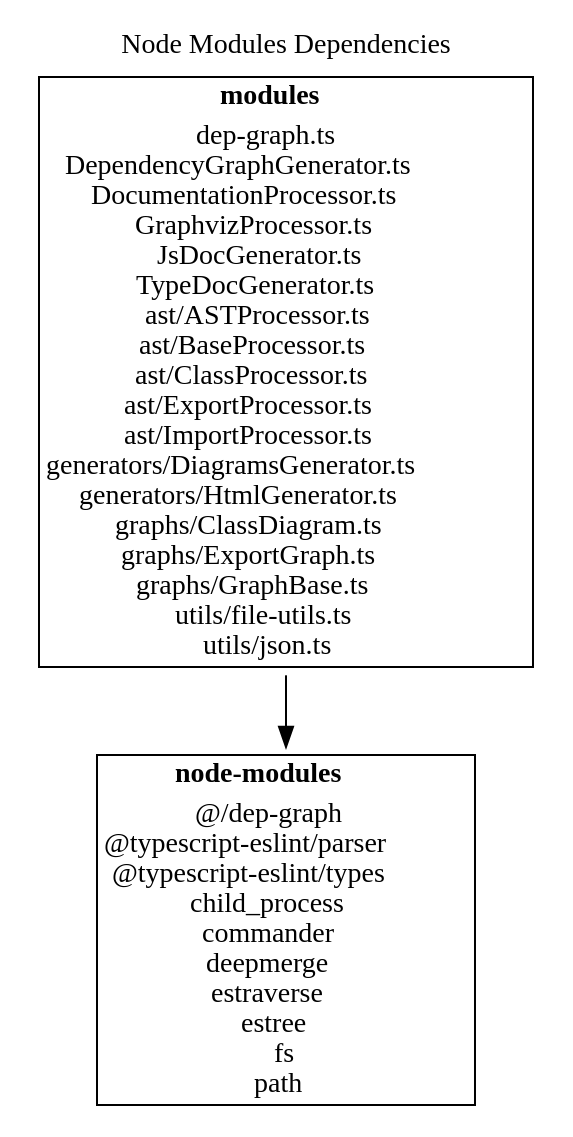
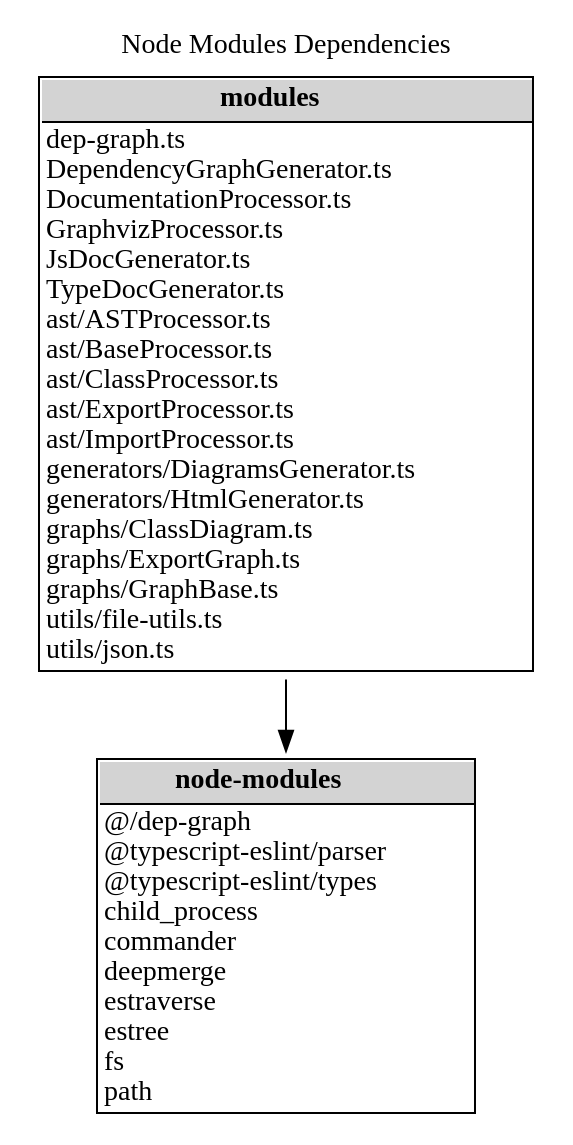
One commit to fleebe/GitHubPages changed the diagram in dep-graph-ts/NodeModules.dot. Above: the diagram before and after it, drawn with Graphviz. The commit also changed 5 other files, not shown here.

Commit message:
Update docs for dep-graph-ts from fleebe/dep-graph-ts workflow

```diff
--- a/dep-graph-ts/NodeModules.dot
+++ b/dep-graph-ts/NodeModules.dot
@@ -1,42 +1,42 @@
 digraph {label="Node Modules Dependencies";
 labelloc="t";
 "node-modules" [shape=none, label=<<TABLE cellspacing="0" cellborder="0" align="left">
-<TR><TD><B>node-modules</B></TD></TR>
-<TR><TD align="left">
+<TR><TD BORDER="1" SIDES="B" BGCOLOR="lightgrey"><B>node-modules</B></TD></TR>
+<TR><TD align="left" BALIGN="LEFT">
 @/dep-graph<BR/>
 @typescript-eslint/parser<BR/>
 @typescript-eslint/types<BR/>
 child_process<BR/>
 commander<BR/>
 deepmerge<BR/>
 estraverse<BR/>
 estree<BR/>
 fs<BR/>
 path<BR/>
 </TD></TR>
 </TABLE>>];
 "modules" [shape=none, label=<<TABLE cellspacing="0" cellborder="0" align="left">
-<TR><TD><B>modules</B></TD></TR>
-<TR><TD align="left">
+<TR><TD BORDER="1" SIDES="B" BGCOLOR="lightgrey"><B>modules</B></TD></TR>
+<TR><TD align="left" BALIGN="LEFT">
 dep-graph.ts<BR/>
 DependencyGraphGenerator.ts<BR/>
 DocumentationProcessor.ts<BR/>
 GraphvizProcessor.ts<BR/>
 JsDocGenerator.ts<BR/>
 TypeDocGenerator.ts<BR/>
 ast/ASTProcessor.ts<BR/>
 ast/BaseProcessor.ts<BR/>
 ast/ClassProcessor.ts<BR/>
 ast/ExportProcessor.ts<BR/>
 ast/ImportProcessor.ts<BR/>
 generators/DiagramsGenerator.ts<BR/>
 generators/HtmlGenerator.ts<BR/>
 graphs/ClassDiagram.ts<BR/>
 graphs/ExportGraph.ts<BR/>
 graphs/GraphBase.ts<BR/>
 utils/file-utils.ts<BR/>
 utils/json.ts<BR/>
 </TD></TR>
 </TABLE>>];
 "modules"->"node-modules";
 }
```
